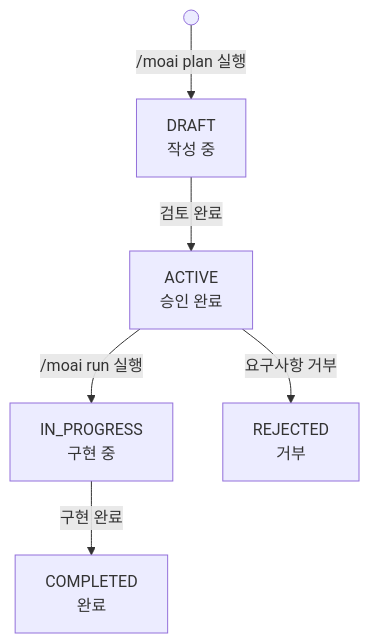
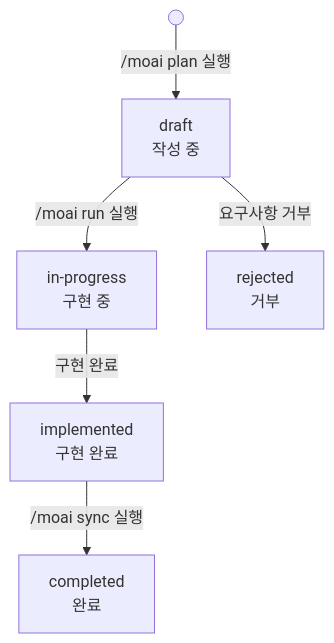
One commit to modu-ai/moai-adk changed the fifth of 5 diagrams in docs-site/content/ko/core-concepts/spec-based-dev.md. Above: the diagram before and after it, drawn with Mermaid. The commit also changed other lines of this file and 180 other files, not shown here.

````diff
--- a/docs-site/content/ko/core-concepts/spec-based-dev.md
+++ b/docs-site/content/ko/core-concepts/spec-based-dev.md
@@ -410,8 +412,8 @@
 ```mermaid
 flowchart TD
-    Start(( )) -->|"/moai plan 실행"| DRAFT["DRAFT\n작성 중"]
-    DRAFT -->|"검토 완료"| ACTIVE["ACTIVE\n승인 완료"]
-    ACTIVE -->|"/moai run 실행"| IN_PROGRESS["IN_PROGRESS\n구현 중"]
-    IN_PROGRESS -->|"구현 완료"| COMPLETED["COMPLETED\n완료"]
-    ACTIVE -->|"요구사항 거부"| REJECTED["REJECTED\n거부"]
+    Start(( )) -->|"/moai plan 실행"| draft["draft\n작성 중"]
+    draft -->|"/moai run 실행"| in_progress["in-progress\n구현 중"]
+    in_progress -->|"구현 완료"| implemented["implemented\n구현 완료"]
+    implemented -->|"/moai sync 실행"| completed["completed\n완료"]
+    draft -->|"요구사항 거부"| rejected["rejected\n거부"]
 ```
````
